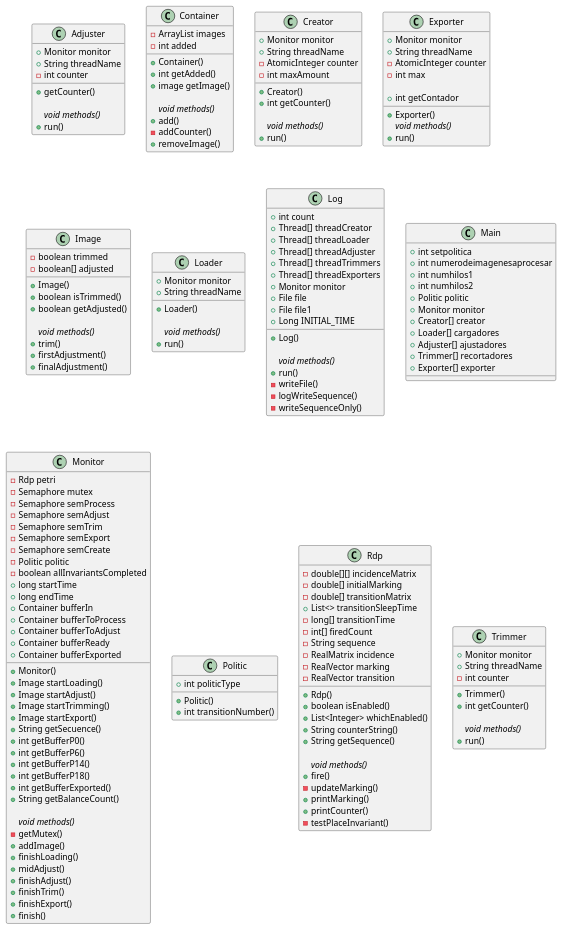
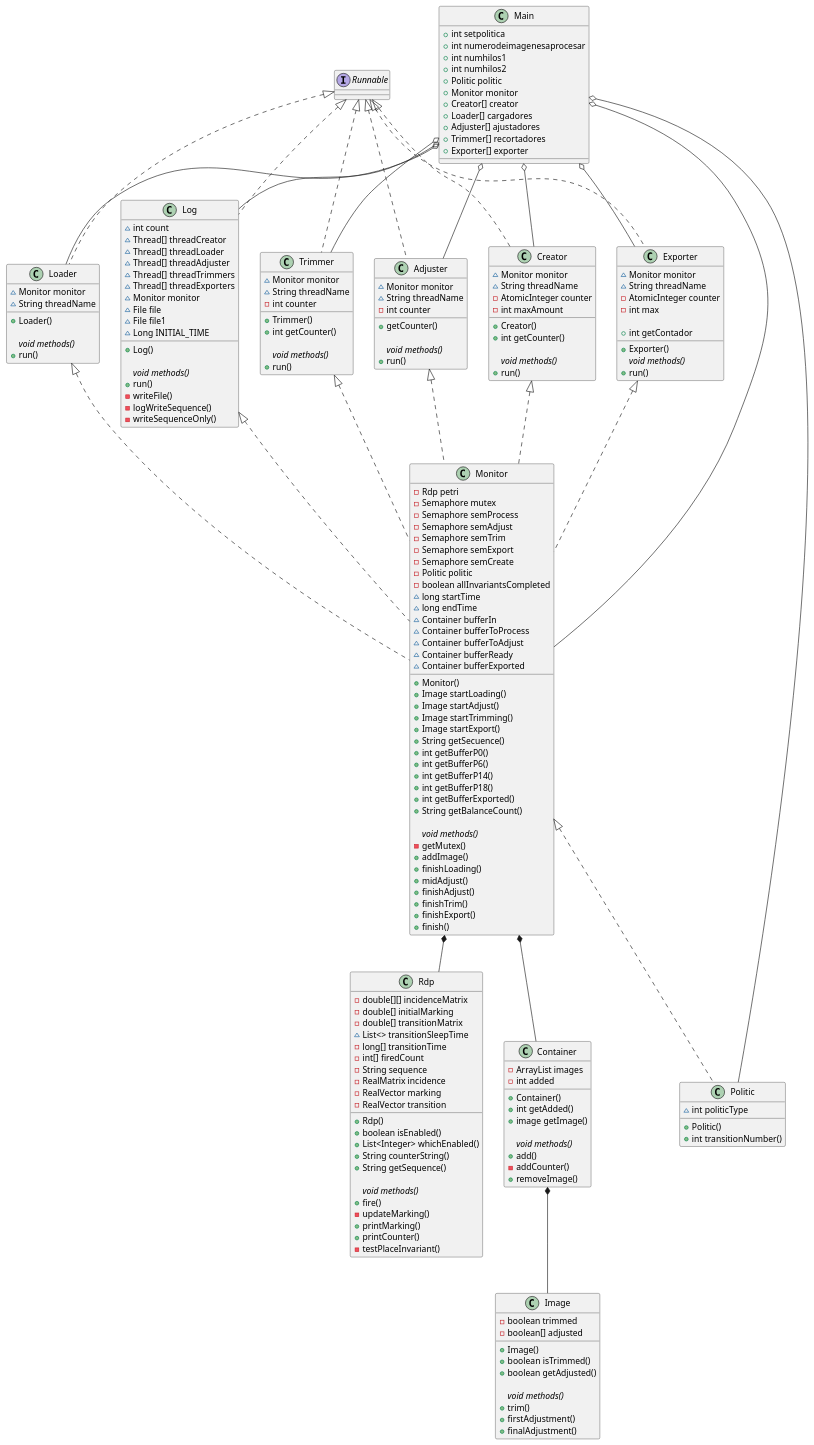
The diagram in classdiagram.puml (mapkpo/Tp2-concurrente), drawn with PlantUML before and after one commit.

Commit message:
update class diagram

```diff
--- a/classdiagram.puml
+++ b/classdiagram.puml
@@ -1,8 +1,39 @@
 @startuml
 
+interface Runnable{}
+
+Runnable <|.. Adjuster
+Runnable <|.. Creator
+Runnable <|.. Exporter
+Runnable <|.. Loader
+Runnable <|.. Log
+Runnable <|.. Trimmer
+
+Container *-- Image 
+Monitor *-- Container
+Monitor *-- Rdp
+Monitor <|.. Politic
+Main o-- Politic
+
+Adjuster <|.. Monitor
+Creator <|.. Monitor
+Exporter <|.. Monitor
+Loader <|.. Monitor
+Log <|.. Monitor
+Trimmer <|.. Monitor
+
+Main o-- Adjuster
+Main o-- Creator
+Main o-- Exporter
+Main o-- Loader
+Main o-- Log
+Main o-- Trimmer
+Main o-- Monitor
+
+
 class Adjuster{
-    +Monitor monitor
-    +String threadName
+    ~Monitor monitor
+    ~String threadName
     -int counter
 
     +getCounter()
@@ -26,8 +57,8 @@
 }
 
 Class Creator{
-    +Monitor monitor
-    +String threadName
+    ~Monitor monitor
+    ~String threadName
     -AtomicInteger counter
     -int maxAmount
 
@@ -39,8 +70,8 @@
 }
 
 Class Exporter{
-    +Monitor monitor
-    +String threadName
+    ~Monitor monitor
+    ~String threadName
     -AtomicInteger counter
     -int max
 
@@ -66,8 +97,8 @@
 }
 
 Class Loader{
-    +Monitor monitor
-    +String threadName
+    ~Monitor monitor
+    ~String threadName
 
     +Loader()
 
@@ -76,16 +107,16 @@
 }
 
 Class Log{
-    +int count
-    +Thread[] threadCreator
-    +Thread[] threadLoader
-    +Thread[] threadAdjuster
-    +Thread[] threadTrimmers
-    +Thread[] threadExporters
-    +Monitor monitor
-    +File file
-    +File file1
-    +Long INITIAL_TIME
+    ~int count
+    ~Thread[] threadCreator
+    ~Thread[] threadLoader
+    ~Thread[] threadAdjuster
+    ~Thread[] threadTrimmers
+    ~Thread[] threadExporters
+    ~Monitor monitor
+    ~File file
+    ~File file1
+    ~Long INITIAL_TIME
 
     +Log()
 
@@ -120,13 +151,13 @@
     -Semaphore semCreate
     -Politic politic
     -boolean allInvariantsCompleted
-    +long startTime
-    +long endTime
-    +Container bufferIn
-    +Container bufferToProcess
-    +Container bufferToAdjust
-    +Container bufferReady
-    +Container bufferExported
+    ~long startTime
+    ~long endTime
+    ~Container bufferIn
+    ~Container bufferToProcess
+    ~Container bufferToAdjust
+    ~Container bufferReady
+    ~Container bufferExported
 
     +Monitor()
     +Image startLoading()
@@ -153,7 +184,7 @@
 }
 
 Class Politic{
-    +int politicType
+    ~int politicType
 
     +Politic()
     +int transitionNumber()
@@ -163,7 +194,7 @@
     -double[][] incidenceMatrix
     -double[] initialMarking
     -double[] transitionMatrix
-    +List<> transitionSleepTime
+    ~List<> transitionSleepTime
     -long[] transitionTime
     -int[] firedCount
     -String sequence
@@ -186,8 +217,8 @@
 }
 
 Class Trimmer{
-    +Monitor monitor
-    +String threadName
+    ~Monitor monitor
+    ~String threadName
     -int counter
 
     +Trimmer()
```
